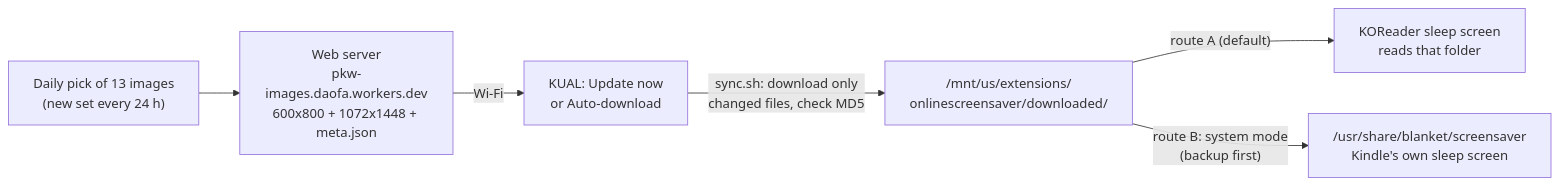
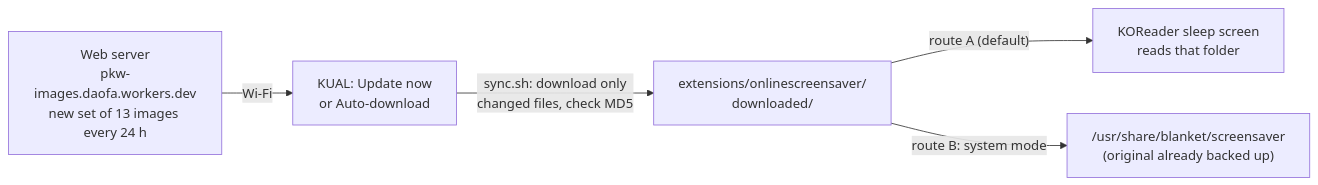
One commit to GalaxyGroot/konline_screensaver changed the second of 2 diagrams in README.md. Above: the diagram before and after it, drawn with Mermaid. The commit also changed other lines of this file, not shown here.

Commit message:
README: add ads step and setup/daily flow diagrams

````diff
--- a/README.md
+++ b/README.md
@@ -13,8 +28,7 @@
 ```mermaid
 flowchart LR
-    A["Daily pick of 13 images<br/>(new set every 24 h)"] --> B["Web server<br/>pkw-images.daofa.workers.dev<br/>600x800 + 1072x1448 + meta.json"]
-    B -- "Wi-Fi" --> C["KUAL: Update now<br/>or Auto-download"]
-    C -- "sync.sh: download only<br/>changed files, check MD5" --> D["/mnt/us/extensions/<br/>onlinescreensaver/downloaded/"]
-    D -- "route A (default)" --> E["KOReader sleep screen<br/>reads that folder"]
-    D -- "route B: system mode<br/>(backup first)" --> F["/usr/share/blanket/screensaver<br/>Kindle's own sleep screen"]
+    A["Web server<br/>pkw-images.daofa.workers.dev<br/>new set of 13 images every 24 h"] -- "Wi-Fi" --> B["KUAL: Update now<br/>or Auto-download"]
+    B -- "sync.sh: download only<br/>changed files, check MD5" --> C["extensions/onlinescreensaver/<br/>downloaded/"]
+    C -- "route A (default)" --> D["KOReader sleep screen<br/>reads that folder"]
+    C -- "route B: system mode" --> E["/usr/share/blanket/screensaver<br/>(original already backed up)"]
 ```
````
